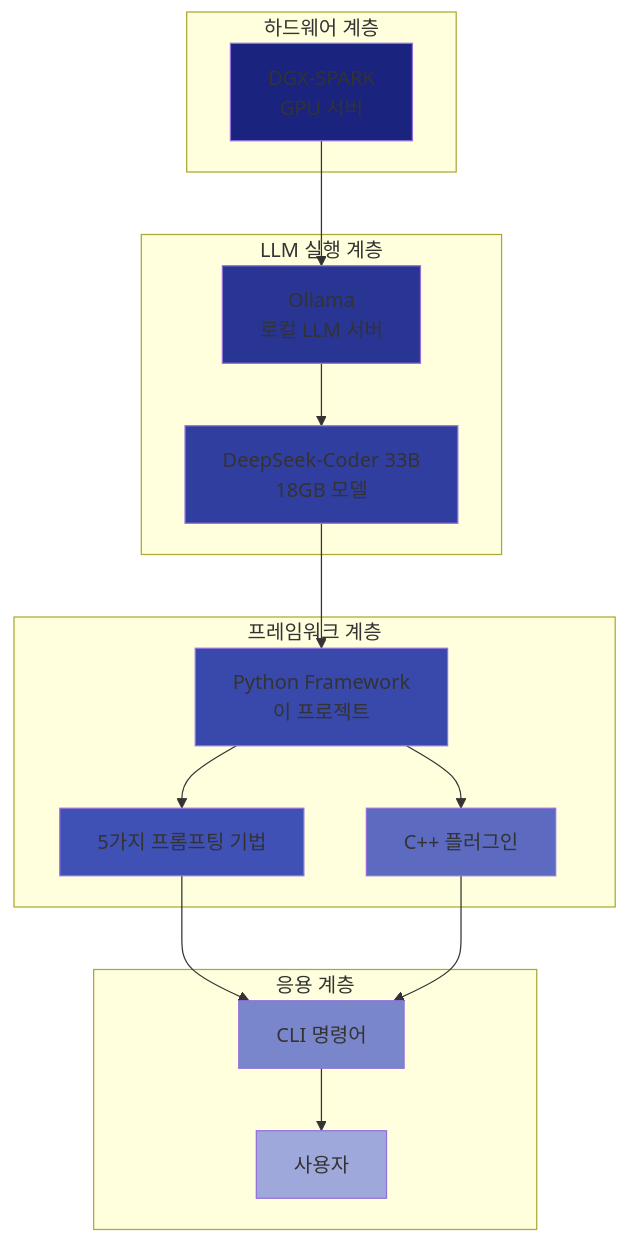
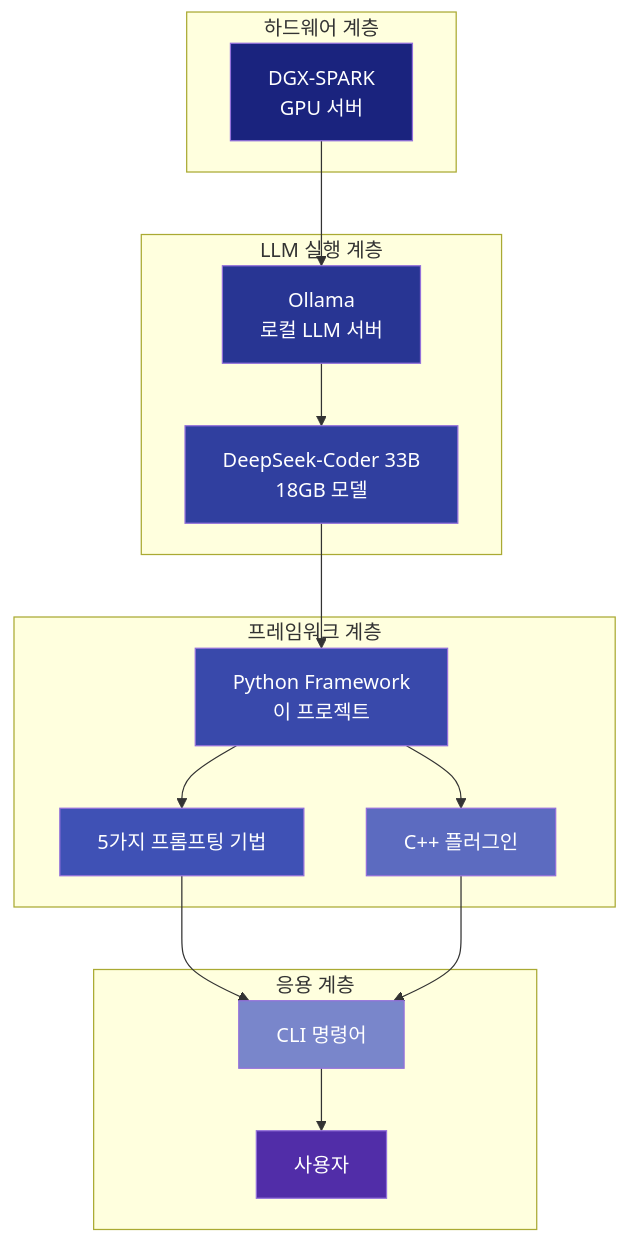
One commit to ApeachM/llm-code-reviewer changed the third of 15 diagrams in docs/PROJECT_OVERVIEW.md. Above: the diagram before and after it, drawn with Mermaid. The commit also changed other lines of this file and 2 other files, not shown here.

First line of the commit message:
docs: Update Mermaid diagram colors for improved dark theme readability

````diff
--- a/docs/PROJECT_OVERVIEW.md
+++ b/docs/PROJECT_OVERVIEW.md
@@ -93,32 +93,32 @@
 ```mermaid
 graph TB
     subgraph "하드웨어 계층"
         HW[DGX-SPARK<br/>GPU 서버]
     end
 
     subgraph "LLM 실행 계층"
         HW --> Ollama[Ollama<br/>로컬 LLM 서버]
         Ollama --> Model[DeepSeek-Coder 33B<br/>18GB 모델]
     end
 
     subgraph "프레임워크 계층"
         Model --> Framework[Python Framework<br/>이 프로젝트]
         Framework --> Tech[5가지 프롬프팅 기법]
         Framework --> Plugin[C++ 플러그인]
     end
 
     subgraph "응용 계층"
         Tech --> CLI[CLI 명령어]
         Plugin --> CLI
         CLI --> User[사용자]
     end
 
-    style HW fill:#1a237e
-    style Ollama fill:#283593
-    style Model fill:#303f9f
-    style Framework fill:#3949ab
-    style Tech fill:#3f51b5
-    style Plugin fill:#5c6bc0
-    style CLI fill:#7986cb
-    style User fill:#9fa8da
+    style HW fill:#1a237e,color:#fff
+    style Ollama fill:#283593,color:#fff
+    style Model fill:#303f9f,color:#fff
+    style Framework fill:#3949ab,color:#fff
+    style Tech fill:#3f51b5,color:#fff
+    style Plugin fill:#5c6bc0,color:#fff
+    style CLI fill:#7986cb,color:#fff
+    style User fill:#512da8,color:#fff
 ```
````
